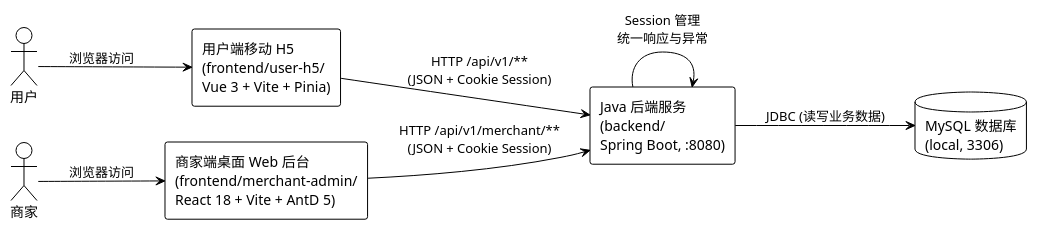
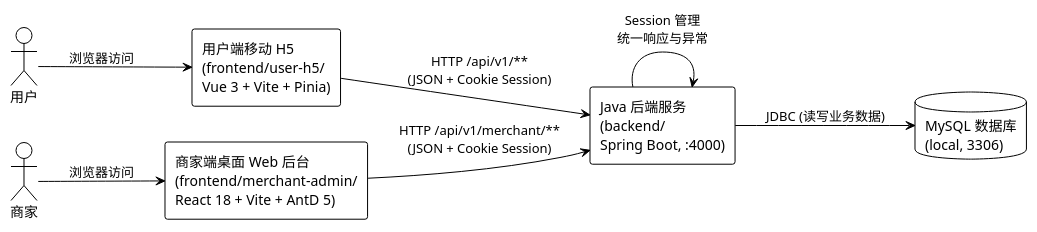
The diagram in docs/backend/diagrams/system-context.puml (Fu-Jumping/elm_practice), drawn with PlantUML before and after one commit. The commit also changed 18 other files, not shown here.

```diff
--- a/docs/backend/diagrams/system-context.puml
+++ b/docs/backend/diagrams/system-context.puml
@@ -1,21 +1,21 @@
 @startuml
 !theme plain
 left to right direction
 
 actor "用户" as User
 actor "商家" as Merchant
 
 rectangle "用户端移动 H5\n(frontend/user-h5/\nVue 3 + Vite + Pinia)" as UserFrontend
 rectangle "商家端桌面 Web 后台\n(frontend/merchant-admin/\nReact 18 + Vite + AntD 5)" as MerchantFrontend
-rectangle "Java 后端服务\n(backend/\nSpring Boot, :8080)" as Backend
+rectangle "Java 后端服务\n(backend/\nSpring Boot, :4000)" as Backend
 database "MySQL 数据库\n(local, 3306)" as DB
 
 User --> UserFrontend : 浏览器访问
 Merchant --> MerchantFrontend : 浏览器访问
 
 UserFrontend --> Backend : HTTP /api/v1/**\n(JSON + Cookie Session)
 MerchantFrontend --> Backend : HTTP /api/v1/merchant/**\n(JSON + Cookie Session)
 
 Backend --> DB : JDBC (读写业务数据)
 Backend --> Backend : Session 管理\n统一响应与异常
 @enduml
```
